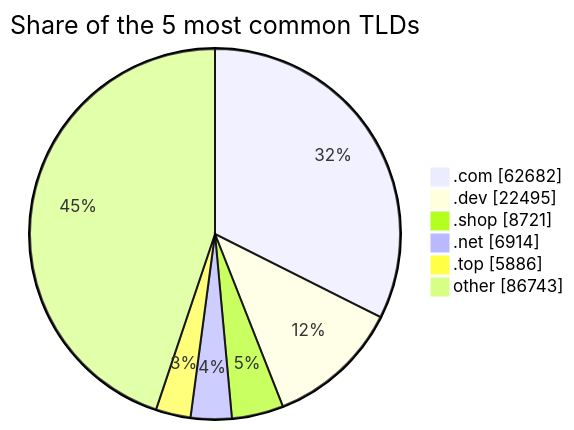
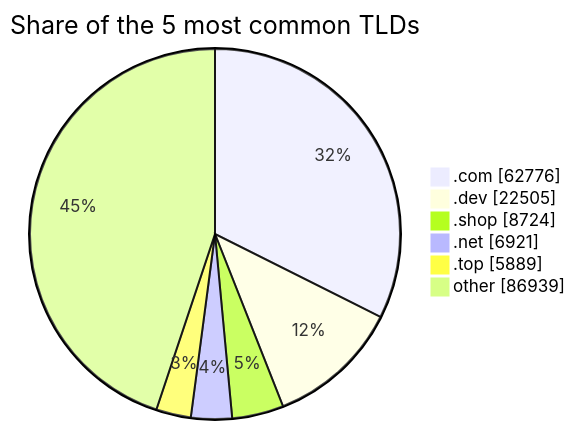
One commit to DNSBunker/CTI changed the third of 3 diagrams in README.md. Above: the diagram before and after it, drawn with Mermaid. The commit also changed other lines of this file and 3 other files, not shown here.

````diff
--- a/README.md
+++ b/README.md
@@ -81,9 +81,9 @@
 ```mermaid
 pie showData title Share of the 5 most common TLDs
-    ".com" : 62682
-    ".dev" : 22495
-    ".shop" : 8721
-    ".net" : 6914
-    ".top" : 5886
-    "other" : 86743
+    ".com" : 62776
+    ".dev" : 22505
+    ".shop" : 8724
+    ".net" : 6921
+    ".top" : 5889
+    "other" : 86939
 ```
````
